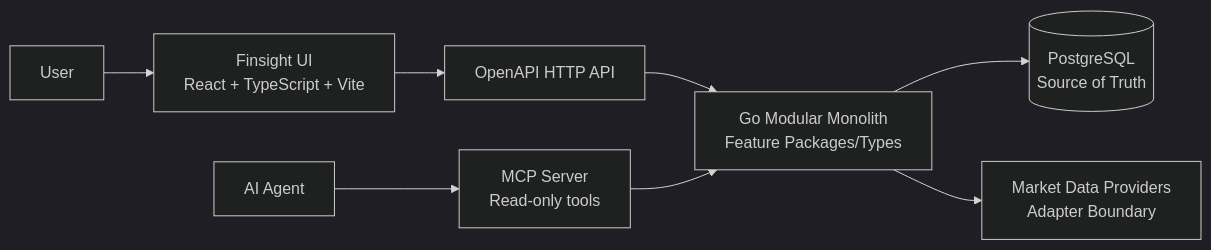
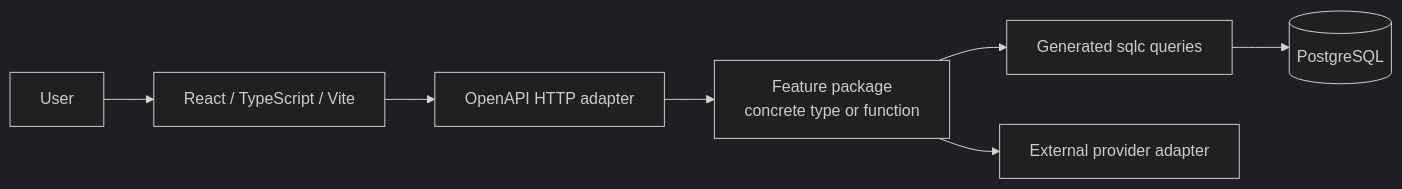
One commit to finsight-org/finsight changed the diagram in docs/architecture.md. Above: the diagram before and after it, drawn with Mermaid (dark theme). The commit also changed other lines of this file and 18 other files, not shown here.

````diff
--- a/docs/architecture.md
+++ b/docs/architecture.md
@@ -34,22 +21,17 @@
 ```mermaid
 flowchart LR
     User[User]
-    Agent[AI Agent]
+    Web[React / TypeScript / Vite]
+    HTTP[OpenAPI HTTP adapter]
+    Feature[Feature package<br/>concrete type or function]
+    SQLC[Generated sqlc queries]
+    Provider[External provider adapter]
+    DB[(PostgreSQL)]
 
-    UI[Finsight UI<br/>React + TypeScript + Vite]
-    API[OpenAPI HTTP API]
-    MCP[MCP Server<br/>Read-only tools]
-    App[Go Modular Monolith<br/>Feature Packages/Types]
-    DB[(PostgreSQL<br/>Source of Truth)]
-    Provider[Market Data Providers<br/>Adapter Boundary]
-
-    User --> UI
-    UI --> API
-    API --> App
-
-    Agent --> MCP
-    MCP --> App
-
-    App --> DB
-    App --> Provider
+    User --> Web
+    Web --> HTTP
+    HTTP --> Feature
+    Feature --> SQLC
+    Feature --> Provider
+    SQLC --> DB
 ```
````
